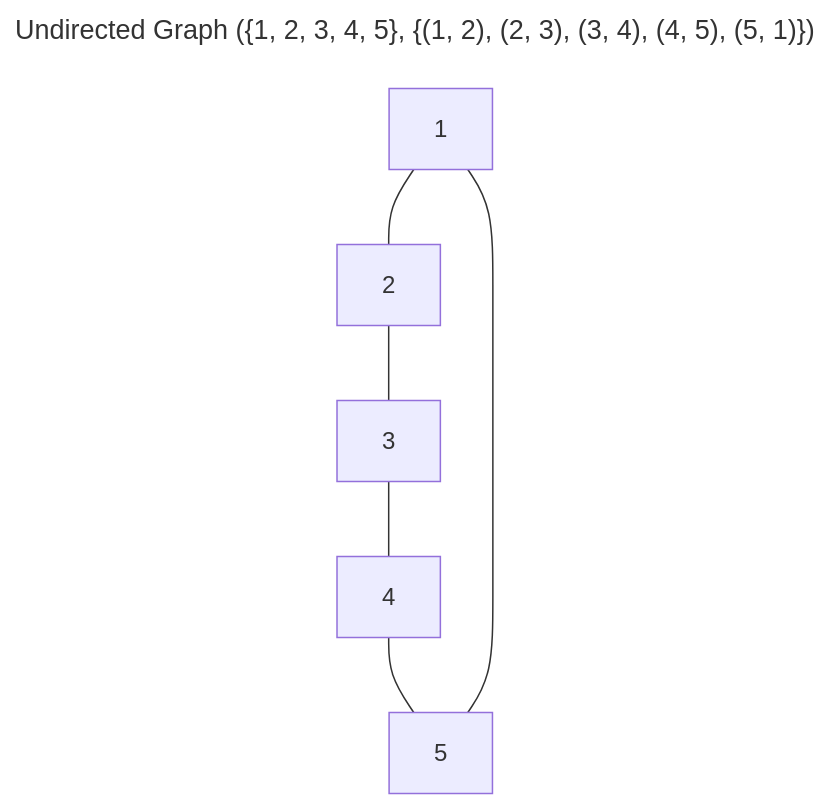
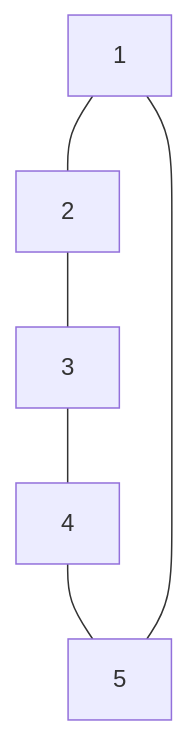
Before and after one commit to Prodaturu/Obsidian: the diagram in Mathematical Notions and Terminology in Information Theory 0.2.md, drawn with Mermaid. The commit also changed other lines of this file and 6 other files, not shown here.

````diff
--- a/Mathematical Notions and Terminology in Information Theory 0.2.md
+++ b/Mathematical Notions and Terminology in Information Theory 0.2.md
@@ -373,11 +372,9 @@
 ```mermaid
----
-title: Undirected Graph  ({1, 2, 3, 4, 5}, {(1, 2), (2, 3), (3, 4), (4, 5), (5, 1)})
----
+
 graph
     1 --- 2
     2 --- 3
     3 --- 4
     4 --- 5
     5 --- 1
 ```
````
